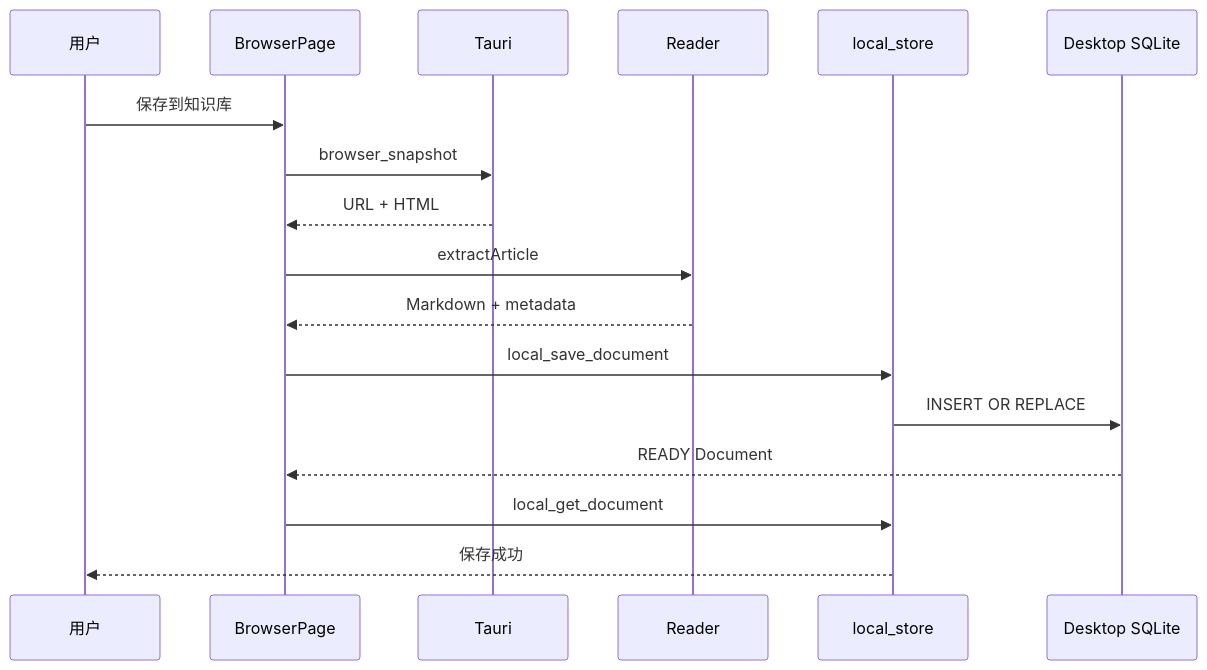
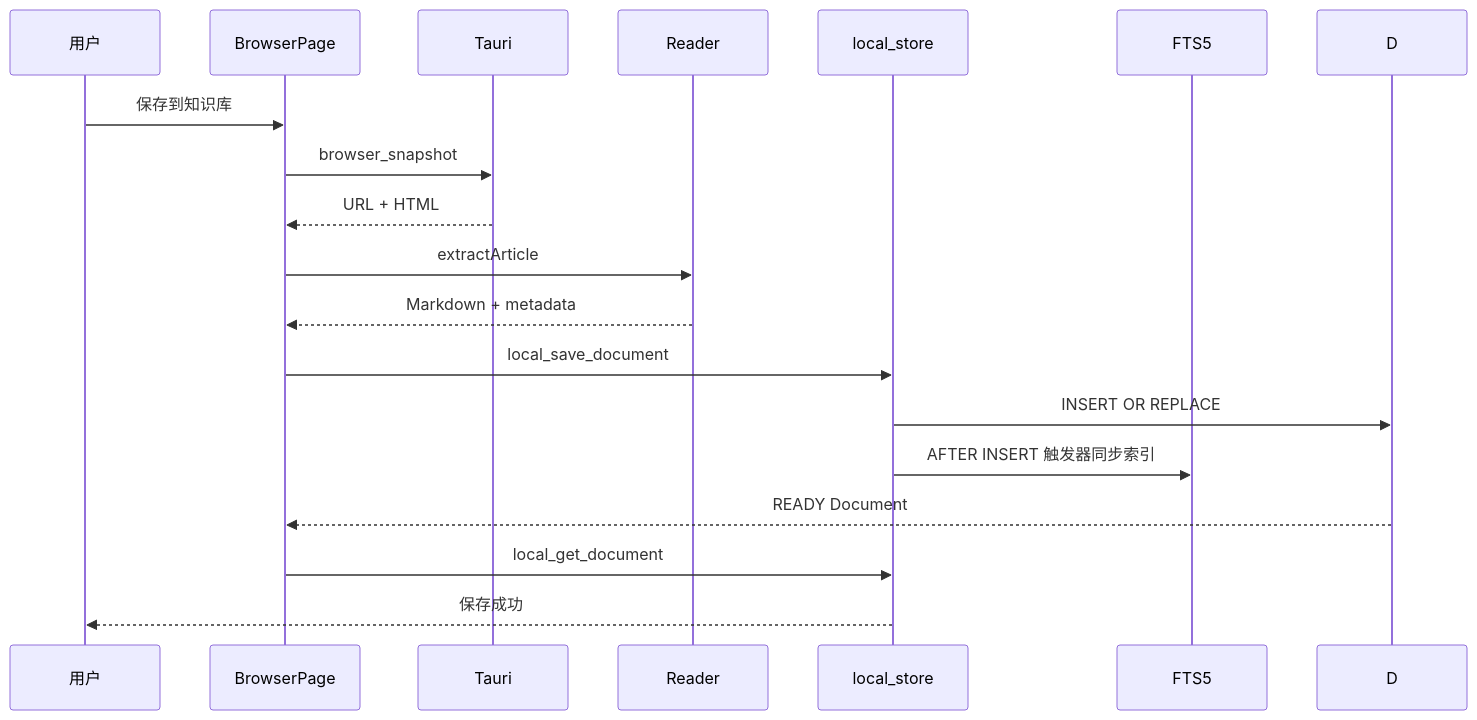
Before and after one commit to fengjutian/browser: the third of 4 diagrams in docs/development-guide.md, drawn with Mermaid. The commit also changed other lines of this file and 39 other files, not shown here.

First line of the commit message:
Refactor documentation and remove Go API; integrate SQLite FTS5 for local document management

````diff
--- a/docs/development-guide.md
+++ b/docs/development-guide.md
@@ -421,20 +294,21 @@
 ```mermaid
 sequenceDiagram
     participant U as 用户
     participant B as BrowserPage
     participant T as Tauri
     participant R as Reader
     participant L as local_store
-    participant D as Desktop SQLite
+    participant F as FTS5
 
     U->>B: 保存到知识库
     B->>T: browser_snapshot
     T-->>B: URL + HTML
     B->>R: extractArticle
     R-->>B: Markdown + metadata
     B->>L: local_save_document
     L->>D: INSERT OR REPLACE
+    L->>F: AFTER INSERT 触发器同步索引
     D-->>B: READY Document
     B->>L: local_get_document
     L-->>U: 保存成功
 ```
````
